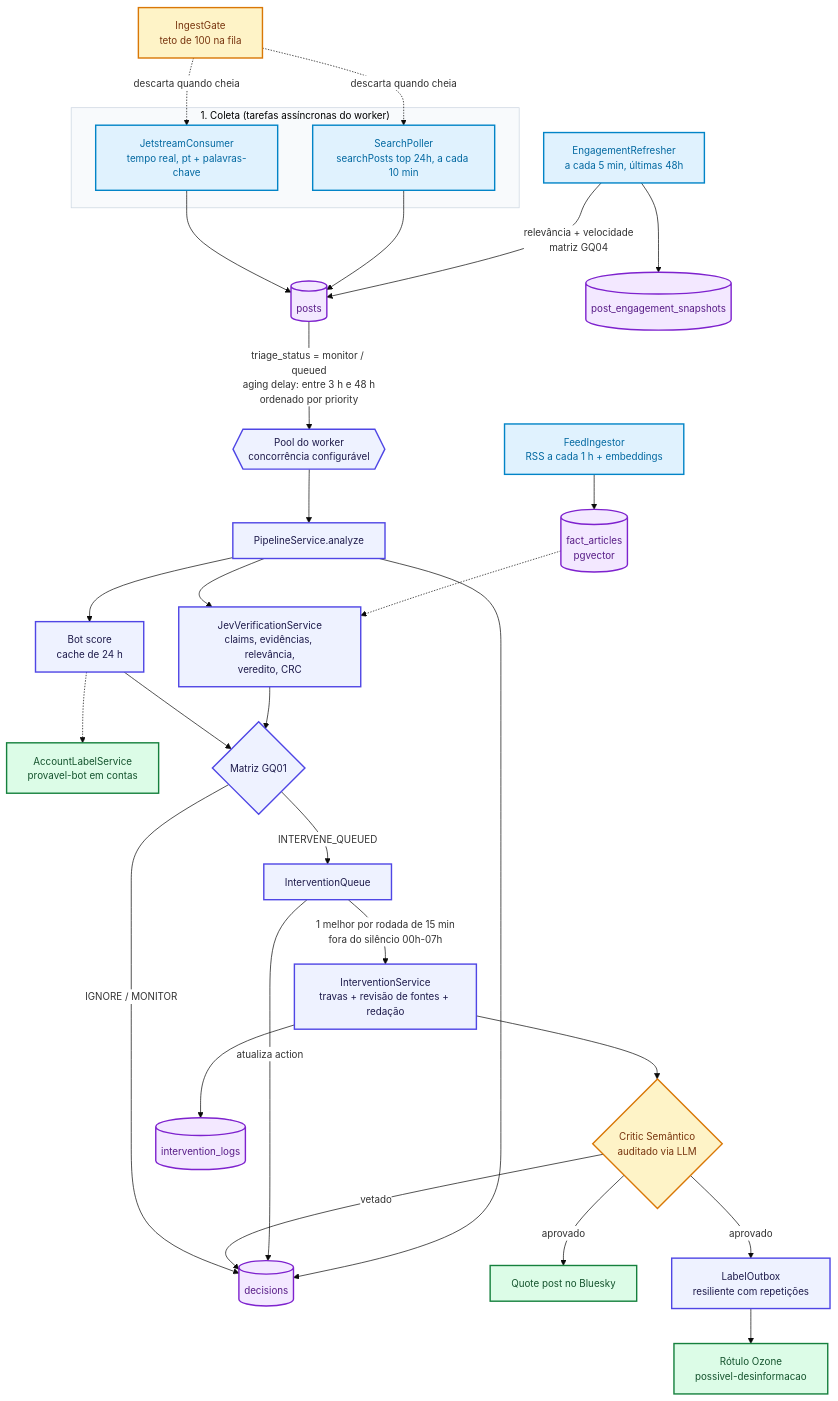
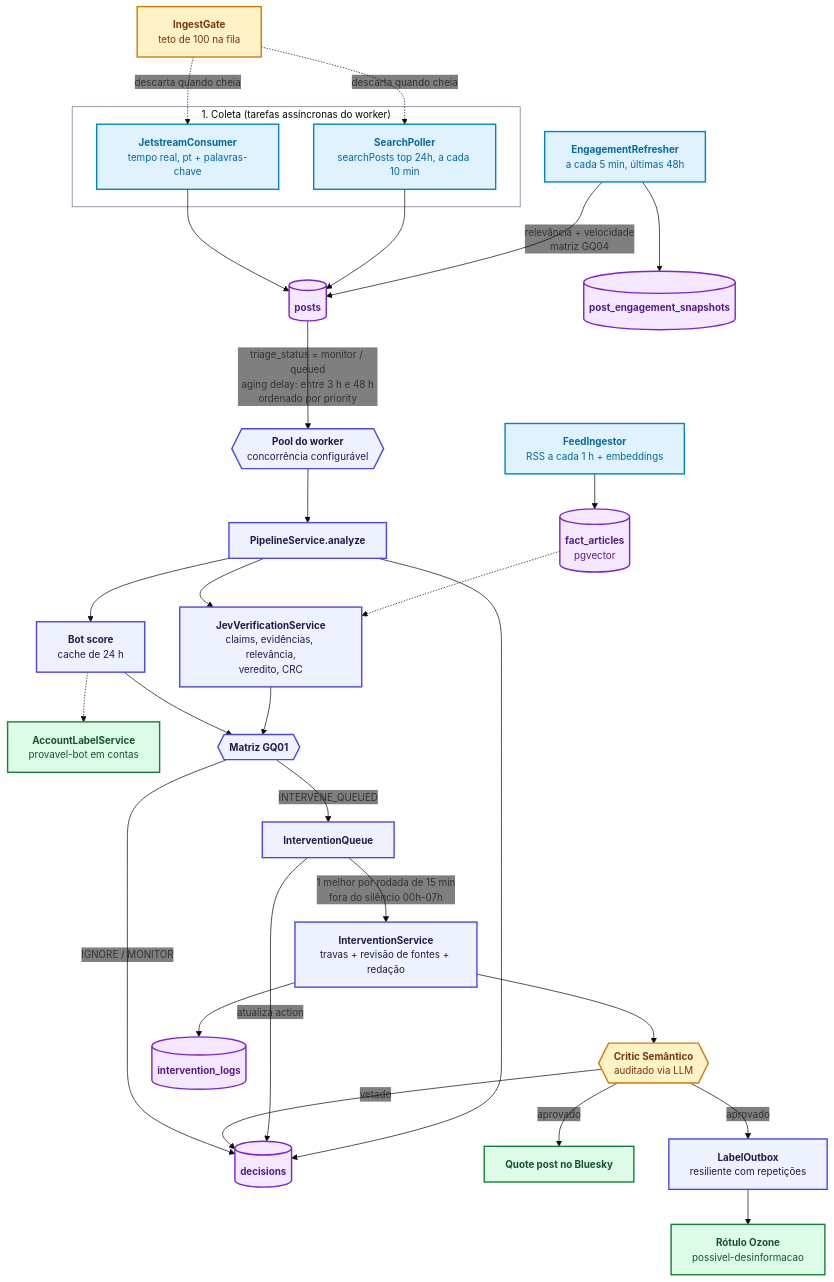
One commit to moonshinerd/ContrarIA changed the second of 4 diagrams in docs/arquitetura/index.md. Above: the diagram before and after it, drawn with Mermaid. The commit also changed other lines of this file and 3 other files, not shown here.

First line of the commit message:
docs: aprimora contraste dos diagramas mermaid no modo escuro e corrige admonitions

````diff
--- a/docs/arquitetura/index.md
+++ b/docs/arquitetura/index.md
@@ -74,44 +74,44 @@
 ```mermaid
-%%{init: {'theme': 'base', 'themeVariables': { 'fontSize': '14px', 'fontFamily': 'inherit', 'primaryColor': '#EEF2FF', 'edgeLabelBackground': '#FFFFFF', 'clusterBkg': '#F8FAFC', 'clusterBorder': '#CBD5E1' }}}%%
+%%{init: {'theme': 'base', 'themeVariables': { 'fontSize': '14px', 'fontFamily': 'inherit', 'clusterBkg': 'transparent', 'clusterBorder': '#64748B', 'edgeLabelBackground': 'transparent' }}}%%
 flowchart TD
     classDef ext fill:#F1F5F9,stroke:#64748B,stroke-width:2px,color:#0F172A
     classDef ingest fill:#E0F2FE,stroke:#0284C7,stroke-width:2px,color:#0369A1
     classDef core fill:#EEF2FF,stroke:#4F46E5,stroke-width:2px,color:#1E1B4B
     classDef store fill:#F3E8FF,stroke:#7E22CE,stroke-width:2px,color:#581C87
     classDef guard fill:#FEF3C7,stroke:#D97706,stroke-width:2px,color:#78350F
     classDef out fill:#DCFCE7,stroke:#15803D,stroke-width:2px,color:#14532D
 
     subgraph Coleta["1. Coleta (tarefas assíncronas do worker)"]
-        J1[JetstreamConsumer<br/>tempo real, pt + palavras-chave]:::ingest
-        J2[SearchPoller<br/>searchPosts top 24h, a cada 10 min]:::ingest
+        J1["<span style='color:#0369A1'><b>JetstreamConsumer</b><br/>tempo real, pt + palavras-chave</span>"]:::ingest
+        J2["<span style='color:#0369A1'><b>SearchPoller</b><br/>searchPosts top 24h, a cada 10 min</span>"]:::ingest
     end
-    J1 --> POSTS[(posts)]:::store
+    J1 --> POSTS[("<span style='color:#581C87'><b>posts</b></span>")]:::store
     J2 --> POSTS
 
-    ER[EngagementRefresher<br/>a cada 5 min, últimas 48h]:::ingest --> SNAP[(post_engagement_snapshots)]:::store
+    ER["<span style='color:#0369A1'><b>EngagementRefresher</b><br/>a cada 5 min, últimas 48h</span>"]:::ingest --> SNAP[("<span style='color:#581C87'><b>post_engagement_snapshots</b></span>")]:::store
     ER -- relevância + velocidade<br/>matriz GQ04 --> POSTS
 
-    POSTS -- triage_status = monitor / queued<br/>aging delay: entre 3 h e 48 h<br/>ordenado por priority --> LOOP{{Pool do worker<br/>concorrência configurável}}:::core
-    GATE[IngestGate<br/>teto de 100 na fila]:::guard -. descarta quando cheia .-> J1
+    POSTS -- triage_status = monitor / queued<br/>aging delay: entre 3 h e 48 h<br/>ordenado por priority --> LOOP{{"<span style='color:#1E1B4B'><b>Pool do worker</b><br/>concorrência configurável</span>"}}:::core
+    GATE["<span style='color:#78350F'><b>IngestGate</b><br/>teto de 100 na fila</span>"]:::guard -. descarta quando cheia .-> J1
     GATE -. descarta quando cheia .-> J2
-    RSSJ[FeedIngestor<br/>RSS a cada 1 h + embeddings]:::ingest --> FA[(fact_articles<br/>pgvector)]:::store
+    RSSJ["<span style='color:#0369A1'><b>FeedIngestor</b><br/>RSS a cada 1 h + embeddings</span>"]:::ingest --> FA[("<span style='color:#581C87'><b>fact_articles</b><br/>pgvector</span>")]:::store
 
-    LOOP --> PIPE[PipelineService.analyze]:::core
-    PIPE --> BOT[Bot score<br/>cache de 24 h]:::core
-    BOT -.-> ACC[AccountLabelService<br/>provavel-bot em contas]:::out
-    PIPE --> VER[JevVerificationService<br/>claims, evidências, relevância,<br/>veredito, CRC]:::core
+    LOOP --> PIPE["<span style='color:#1E1B4B'><b>PipelineService.analyze</b></span>"]:::core
+    PIPE --> BOT["<span style='color:#1E1B4B'><b>Bot score</b><br/>cache de 24 h</span>"]:::core
+    BOT -.-> ACC["<span style='color:#14532D'><b>AccountLabelService</b><br/>provavel-bot em contas</span>"]:::out
+    PIPE --> VER["<span style='color:#1E1B4B'><b>JevVerificationService</b><br/>claims, evidências, relevância,<br/>veredito, CRC</span>"]:::core
     FA -.-> VER
-    BOT --> GQ01{Matriz GQ01}:::core
+    BOT --> GQ01{{"<span style='color:#1E1B4B'><b>Matriz GQ01</b></span>"}}:::core
     VER --> GQ01
-    GQ01 -- IGNORE / MONITOR --> LOG[(decisions)]:::store
-    GQ01 -- INTERVENE_QUEUED --> Q[InterventionQueue]:::core
-    Q -- 1 melhor por rodada de 15 min<br/>fora do silêncio 00h-07h --> INT[InterventionService<br/>travas + revisão de fontes + redação]:::core
-    INT --> CRIT{Critic Semântico<br/>auditado via LLM}:::guard
+    GQ01 -- IGNORE / MONITOR --> LOG[("<span style='color:#581C87'><b>decisions</b></span>")]:::store
+    GQ01 -- INTERVENE_QUEUED --> Q["<span style='color:#1E1B4B'><b>InterventionQueue</b></span>"]:::core
+    Q -- 1 melhor por rodada de 15 min<br/>fora do silêncio 00h-07h --> INT["<span style='color:#1E1B4B'><b>InterventionService</b><br/>travas + revisão de fontes + redação</span>"]:::core
+    INT --> CRIT{{"<span style='color:#78350F'><b>Critic Semântico</b><br/>auditado via LLM</span>"}}:::guard
     CRIT -- vetado --> LOG
-    CRIT -- aprovado --> QP[Quote post no Bluesky]:::out
-    CRIT -- aprovado --> OB[LabelOutbox<br/>resiliente com repetições]:::core
-    OB --> LAB[Rótulo Ozone<br/>possivel-desinformacao]:::out
-    INT --> IL[(intervention_logs)]:::store
+    CRIT -- aprovado --> QP["<span style='color:#14532D'><b>Quote post no Bluesky</b></span>"]:::out
+    CRIT -- aprovado --> OB["<span style='color:#1E1B4B'><b>LabelOutbox</b><br/>resiliente com repetições</span>"]:::core
+    OB --> LAB["<span style='color:#14532D'><b>Rótulo Ozone</b><br/>possivel-desinformacao</span>"]:::out
+    INT --> IL[("<span style='color:#581C87'><b>intervention_logs</b></span>")]:::store
     Q -- atualiza action --> LOG
     PIPE --> LOG
 ```
````
